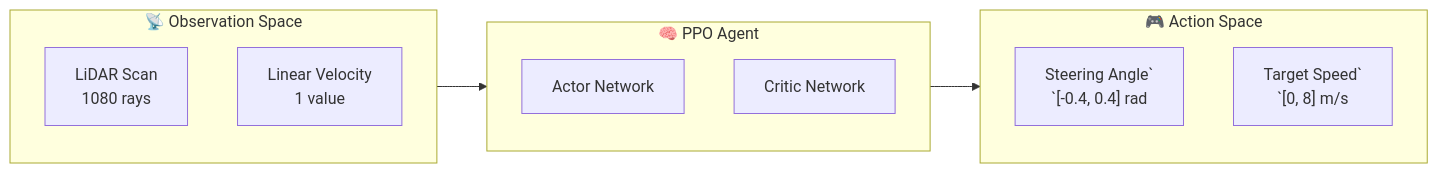
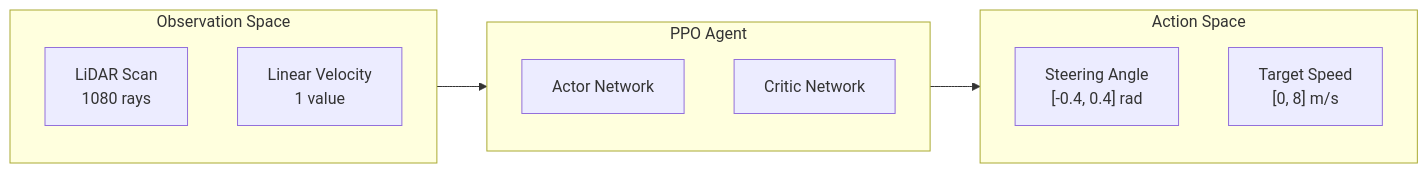
Before and after one commit to leesg0107/leesg0107.github.io: the second of 8 diagrams in _posts/project/2025-11-22-agent-mcqueen.md, drawn with Mermaid. The commit also changed other lines of this file and 77 other files, not shown here.

```diff
--- a/_posts/project/2025-11-22-agent-mcqueen.md
+++ b/_posts/project/2025-11-22-agent-mcqueen.md
@@ -90,21 +85,21 @@
 <div class="mermaid">
 flowchart LR
-    subgraph OBS["📡 Observation Space"]
+    subgraph OBS["Observation Space"]
         LIDAR["LiDAR Scan<br/>1080 rays"]
         VEL["Linear Velocity<br/>1 value"]
     end
 
-    subgraph AGENT["🧠 PPO Agent"]
+    subgraph AGENT["PPO Agent"]
         ACTOR["Actor Network"]
         CRITIC["Critic Network"]
     end
 
-    subgraph ACT["🎮 Action Space"]
-        STEER["Steering Angle`<br/>`[-0.4, 0.4] rad"]
-        SPEED["Target Speed`<br/>`[0, 8] m/s"]
+    subgraph ACT["Action Space"]
+        STEER["Steering Angle<br/>[-0.4, 0.4] rad"]
+        SPEED["Target Speed<br/>[0, 8] m/s"]
     end
 
     OBS --> AGENT
     AGENT --> ACT
 
 </div>
```
